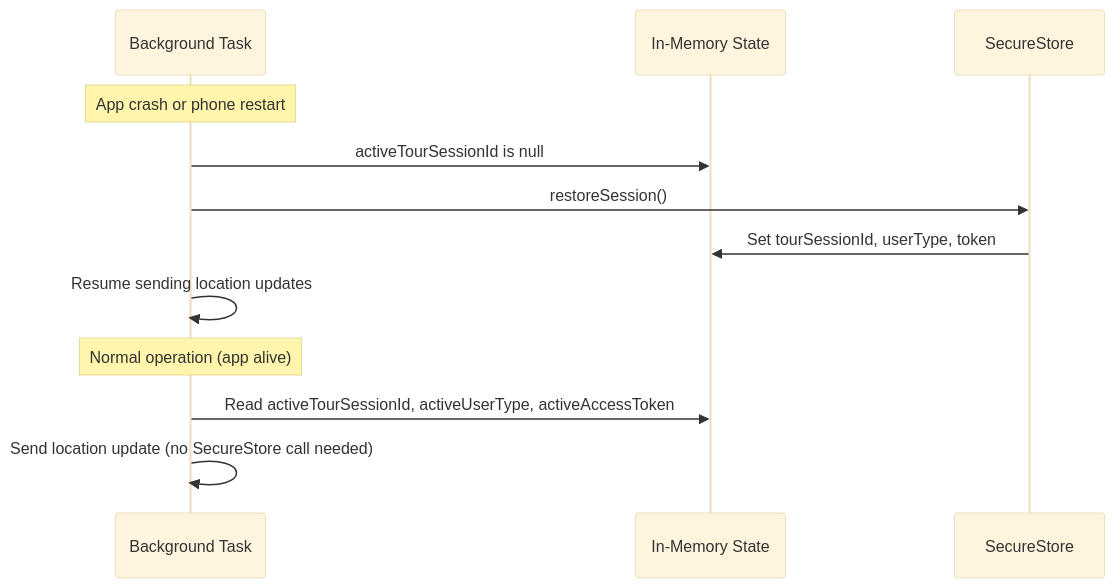
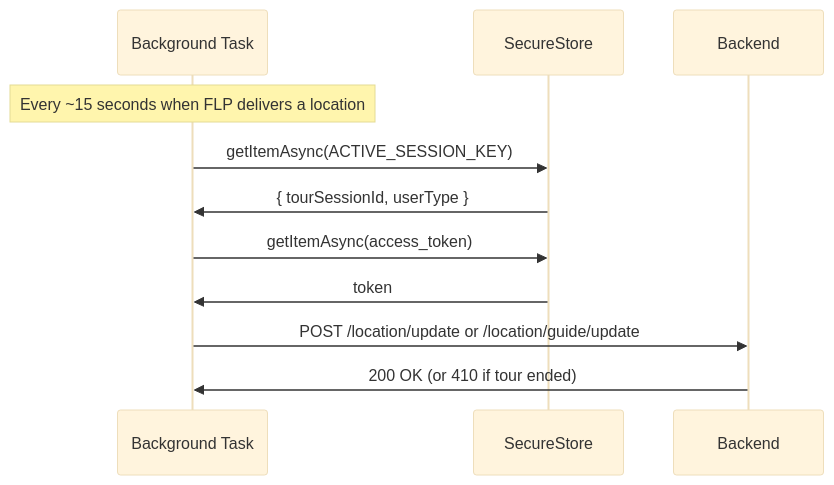
The third of 4 diagrams in 9d_feature_location_tracking.md (wariya-placehub/triptoe-docs), drawn with Mermaid (base theme) before and after one commit. The commit also changed other lines of this file and 1 other file, not shown here.

First line of the commit message:
Update location tracking docs for stateless task + layout-level sync

````diff
--- a/9d_feature_location_tracking.md
+++ b/9d_feature_location_tracking.md
@@ -72,16 +155,14 @@
 ```mermaid
 sequenceDiagram
     participant Task as Background Task
-    participant Memory as In-Memory State
     participant Store as SecureStore
+    participant API as Backend
 
-    Note over Task: App crash or phone restart
-    Task->>Memory: activeTourSessionId is null
-    Task->>Store: restoreSession()
-    Store->>Memory: Set tourSessionId, userType, token
-    Task->>Task: Resume sending location updates
-
-    Note over Task: Normal operation (app alive)
-    Task->>Memory: Read activeTourSessionId, activeUserType, activeAccessToken
-    Task->>Task: Send location update (no SecureStore call needed)
+    Note over Task: Every ~15 seconds when FLP delivers a location
+    Task->>Store: getItemAsync(ACTIVE_SESSION_KEY)
+    Store->>Task: { tourSessionId, userType }
+    Task->>Store: getItemAsync(access_token)
+    Store->>Task: token
+    Task->>API: POST /location/update or /location/guide/update
+    API->>Task: 200 OK (or 410 if tour ended)
 ```
````
